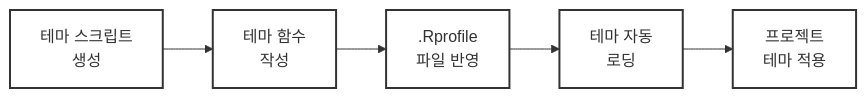
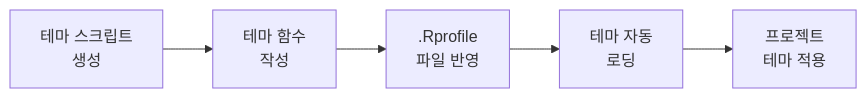
Before and after one commit to bit2r/gpt-quarto: the diagram in theme_gt.qmd, drawn with Mermaid. The commit also changed other lines of this file and 10 other files, not shown here.

````diff
--- a/theme_gt.qmd
+++ b/theme_gt.qmd
@@ -457,13 +467,14 @@
 ```{mermaid}
-%%| eval: false
+%%| eval: true
 %%| echo: false
+%%| label: fig-gt-theme-auto
+%%| fig-cap: "`gt` 표 테마 적용 작업흐름"
+%%| fig-align: center
 
 graph LR;
-  classDef default fill:#ffff,stroke:#333,stroke-width:2px;
-  class A,B,C,D,E default;
 
-  A[테마 스크립트 <br>생성] --> B[테마 함수<br> 작성];
-  B --> C[.Rprofile <br> 파일 반영];
-  C --> D[테마 자동 <br> 로딩];
-  D --> E[프로젝트 <br> 테마 적용];
+  A["테마 스크립트 <br>생성"] --> B["테마 함수<br> 작성"];
+  B --> C[".Rprofile <br> 파일 반영"];
+  C --> D["테마 자동 <br> 로딩"];
+  D --> E["프로젝트 <br> 테마 적용"];
 ```
````
